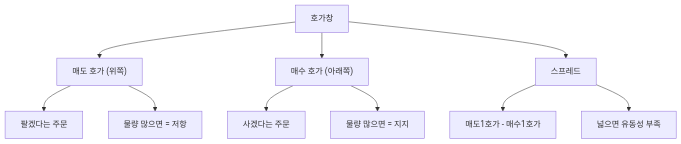
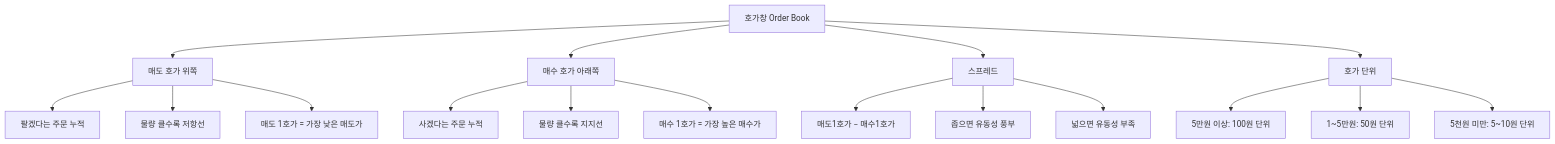
Before and after one commit to yeongseon/stock-visual-note: the diagram in content/stock-terms/ko/level-02-market-trading/order-book.md, drawn with Mermaid. The commit also changed other lines of this file, not shown here.

Commit message:
content: rewrite order-book.md — add live order book example, spread comparison, spoofing explanation, depth analysis

````diff
--- a/content/stock-terms/ko/level-02-market-trading/order-book.md
+++ b/content/stock-terms/ko/level-02-market-trading/order-book.md
@@ -49,12 +50,23 @@
 ```mermaid
 graph TD
-    A["호가창"] --> B["매도 호가 (위쪽)"]
-    A --> C["매수 호가 (아래쪽)"]
+    A["호가창 Order Book"] --> B["매도 호가 위쪽"]
+    A --> C["매수 호가 아래쪽"]
     A --> D["스프레드"]
-    B --> B1["팔겠다는 주문"]
-    B --> B2["물량 많으면 = 저항"]
-    C --> C1["사겠다는 주문"]
-    C --> C2["물량 많으면 = 지지"]
-    D --> D1["매도1호가 - 매수1호가"]
-    D --> D2["넓으면 유동성 부족"]
+    A --> E["호가 단위"]
+
+    B --> B1["팔겠다는 주문 누적"]
+    B --> B2["물량 클수록 저항선"]
+    B --> B3["매도 1호가 = 가장 낮은 매도가"]
+
+    C --> C1["사겠다는 주문 누적"]
+    C --> C2["물량 클수록 지지선"]
+    C --> C3["매수 1호가 = 가장 높은 매수가"]
+
+    D --> D1["매도1호가 − 매수1호가"]
+    D --> D2["좁으면 유동성 풍부"]
+    D --> D3["넓으면 유동성 부족"]
+
+    E --> E1["5만원 이상: 100원 단위"]
+    E --> E2["1~5만원: 50원 단위"]
+    E --> E3["5천원 미만: 5~10원 단위"]
 ```
````
